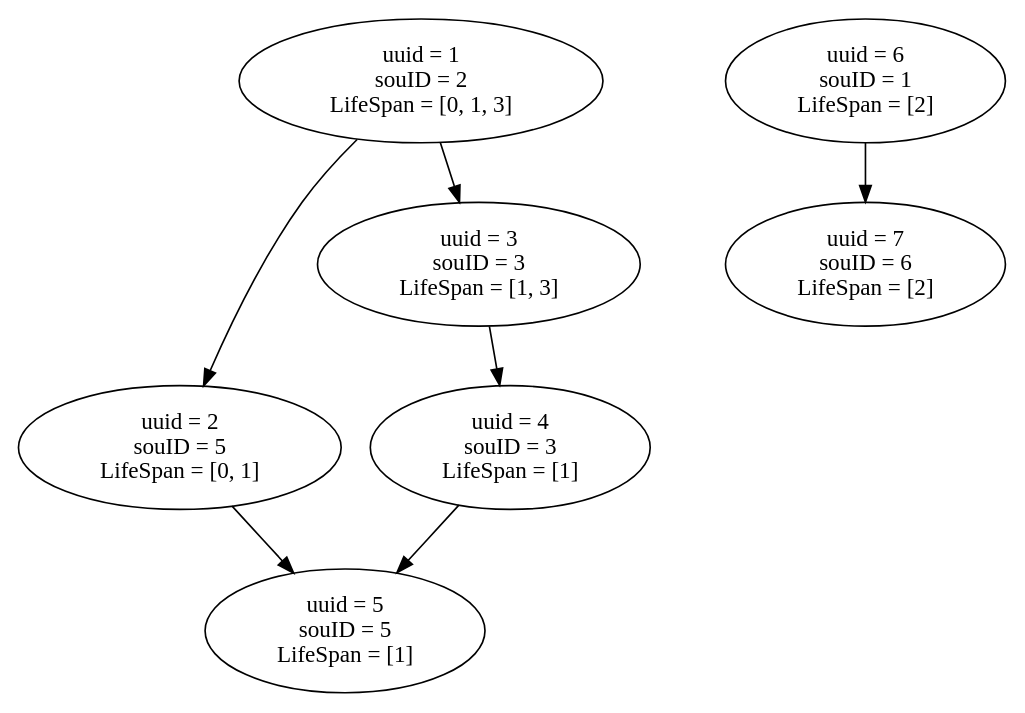
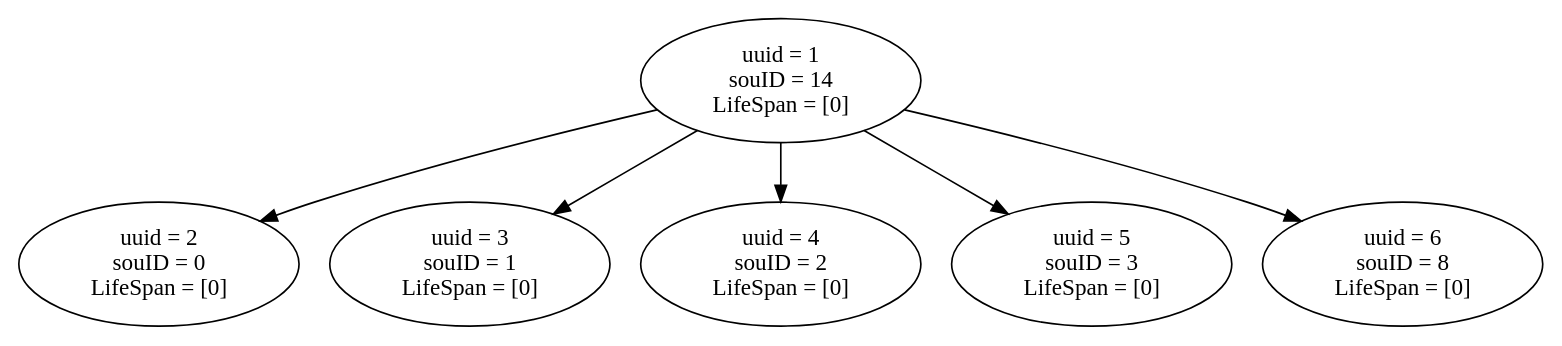
One commit to zzzzzec/work changed the diagram in gt/IG/IG.gv. Above: the diagram before and after it, drawn with Graphviz. The commit also changed 83 other files, not shown here.

```diff
--- a/gt/IG/IG.gv
+++ b/gt/IG/IG.gv
@@ -1,30 +1,26 @@
 // IindexGraph
 digraph {
 	1 [label="uuid = 1
+souID = 14
+LifeSpan = [0]"]
+	2 [label="uuid = 2
+souID = 0
+LifeSpan = [0]"]
+	3 [label="uuid = 3
+souID = 1
+LifeSpan = [0]"]
+	4 [label="uuid = 4
 souID = 2
-LifeSpan = [0, 1, 3]"]
-	2 [label="uuid = 2
-souID = 5
-LifeSpan = [0, 1]"]
-	3 [label="uuid = 3
+LifeSpan = [0]"]
+	5 [label="uuid = 5
 souID = 3
-LifeSpan = [1, 3]"]
-	4 [label="uuid = 4
-souID = 3
-LifeSpan = [1]"]
-	5 [label="uuid = 5
-souID = 5
-LifeSpan = [1]"]
+LifeSpan = [0]"]
 	6 [label="uuid = 6
-souID = 1
-LifeSpan = [2]"]
-	7 [label="uuid = 7
-souID = 6
-LifeSpan = [2]"]
+souID = 8
+LifeSpan = [0]"]
 	1 -> 2
 	1 -> 3
-	2 -> 5
-	3 -> 4
-	4 -> 5
-	6 -> 7
+	1 -> 4
+	1 -> 5
+	1 -> 6
 }
```
